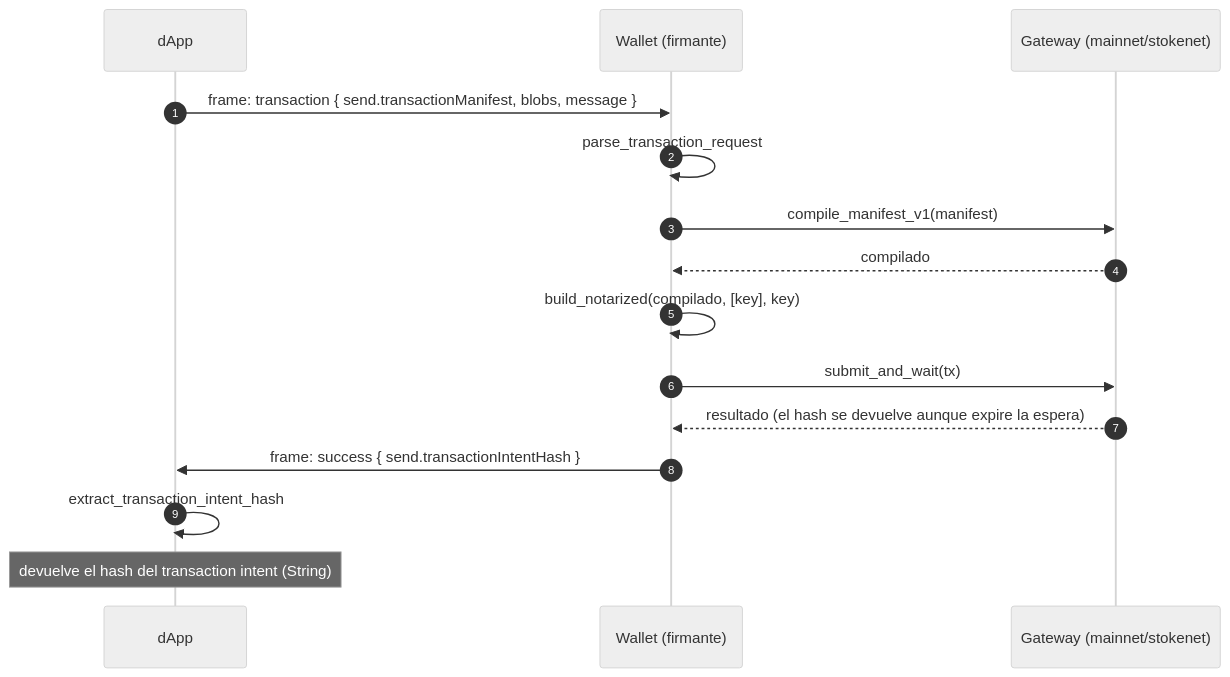
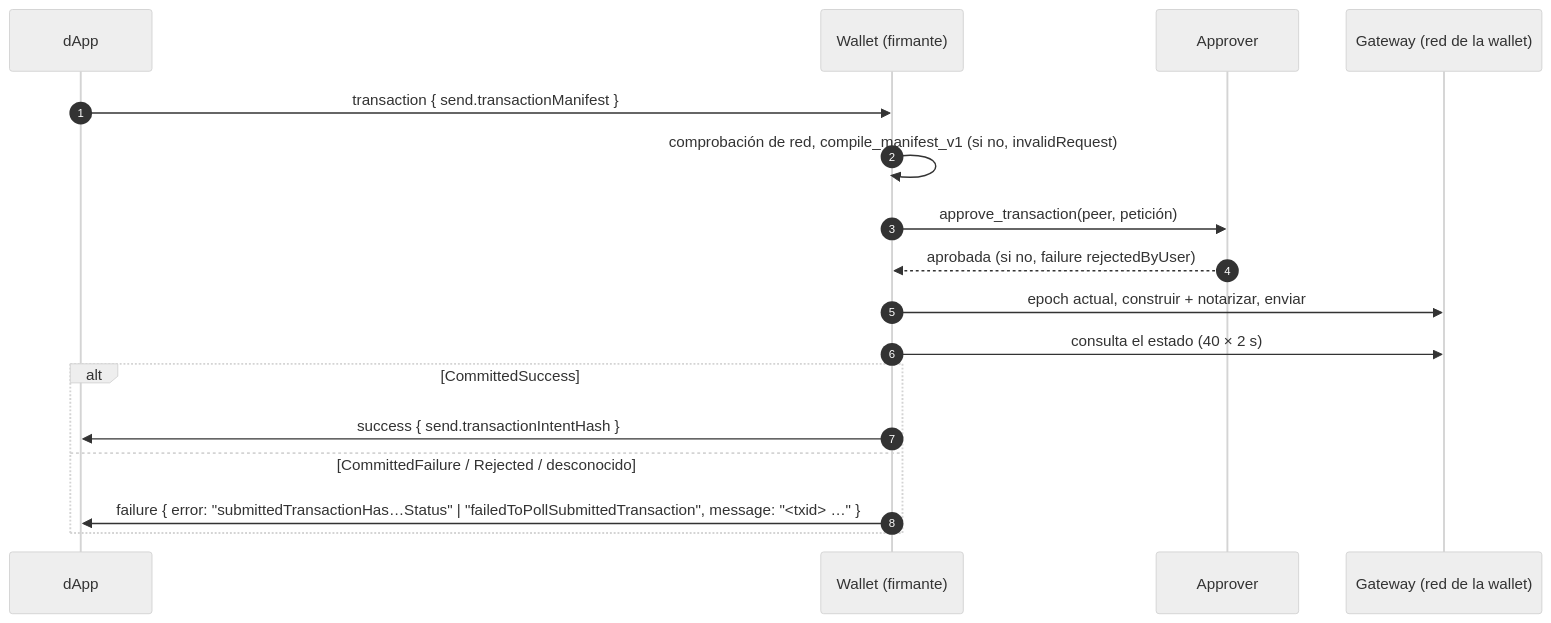
The third of 4 diagrams in crates/connect-iroh/docs/PROTOCOL.es.md (genkipool/radixdlt-rust-sdk), drawn with Mermaid (neutral theme) before and after one commit. The commit also changed other lines of this file and 13 other files, not shown here.

````diff
--- a/crates/connect-iroh/docs/PROTOCOL.es.md
+++ b/crates/connect-iroh/docs/PROTOCOL.es.md
@@ -206,18 +254,20 @@
 ```mermaid
 sequenceDiagram
     autonumber
     participant D as dApp
     participant W as Wallet (firmante)
-    participant G as Gateway (mainnet/stokenet)
+    participant A as Approver
+    participant G as Gateway (red de la wallet)
 
-    D->>W: frame: transaction { send.transactionManifest, blobs, message }
-    W->>W: parse_transaction_request
-    W->>G: compile_manifest_v1(manifest)
-    G-->>W: compilado
-    W->>W: build_notarized(compilado, [key], key)
-    W->>G: submit_and_wait(tx)
-    G-->>W: resultado (el hash se devuelve aunque expire la espera)
-    W->>D: frame: success { send.transactionIntentHash }
-    D->>D: extract_transaction_intent_hash
-    Note over D: devuelve el hash del transaction intent (String)
+    D->>W: transaction { send.transactionManifest }
+    W->>W: comprobación de red, compile_manifest_v1 (si no, invalidRequest)
+    W->>A: approve_transaction(peer, petición)
+    A-->>W: aprobada (si no, failure rejectedByUser)
+    W->>G: epoch actual, construir + notarizar, enviar
+    W->>G: consulta el estado (40 × 2 s)
+    alt CommittedSuccess
+        W->>D: success { send.transactionIntentHash }
+    else CommittedFailure / Rejected / desconocido
+        W->>D: failure { error: "submittedTransactionHas…Status" | "failedToPollSubmittedTransaction", message: "<txid> …" }
+    end
 ```
````
